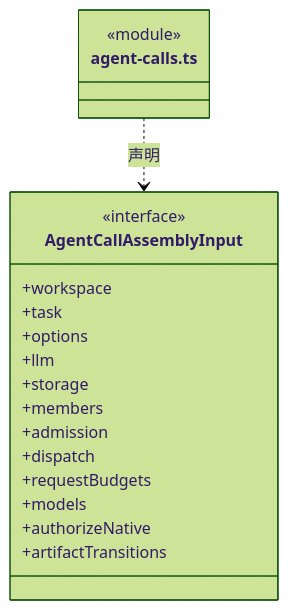
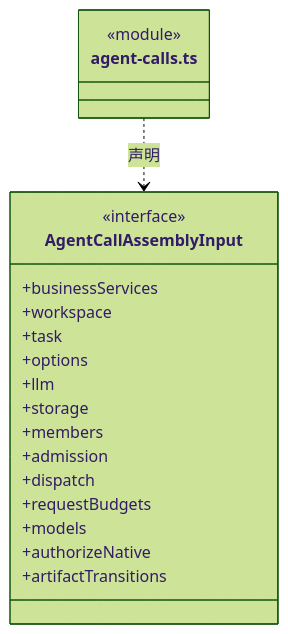
One commit to nan023062/cbim changed the fourth of 11 diagrams in src/logic/application/assembly/ARCHITECTURE.md. Above: the diagram before and after it, drawn with Mermaid (forest theme). The commit also changed other lines of this file and 42 other files, not shown here.

````diff
--- a/src/logic/application/assembly/ARCHITECTURE.md
+++ b/src/logic/application/assembly/ARCHITECTURE.md
@@ -44,22 +58,23 @@
 ```mermaid
 classDiagram
 class N_src_logic_application_assembly_agent_calls_ts["agent-calls.ts"] {
   <<module>>
 }
 class N_src_logic_application_assembly_agent_calls_ts_AgentCallAssemblyInput["AgentCallAssemblyInput"] {
   <<interface>>
+  +businessServices
   +workspace
   +task
   +options
   +llm
   +storage
   +members
   +admission
   +dispatch
   +requestBudgets
   +models
   +authorizeNative
   +artifactTransitions
 }
 N_src_logic_application_assembly_agent_calls_ts ..> N_src_logic_application_assembly_agent_calls_ts_AgentCallAssemblyInput : 声明
 ```
````
